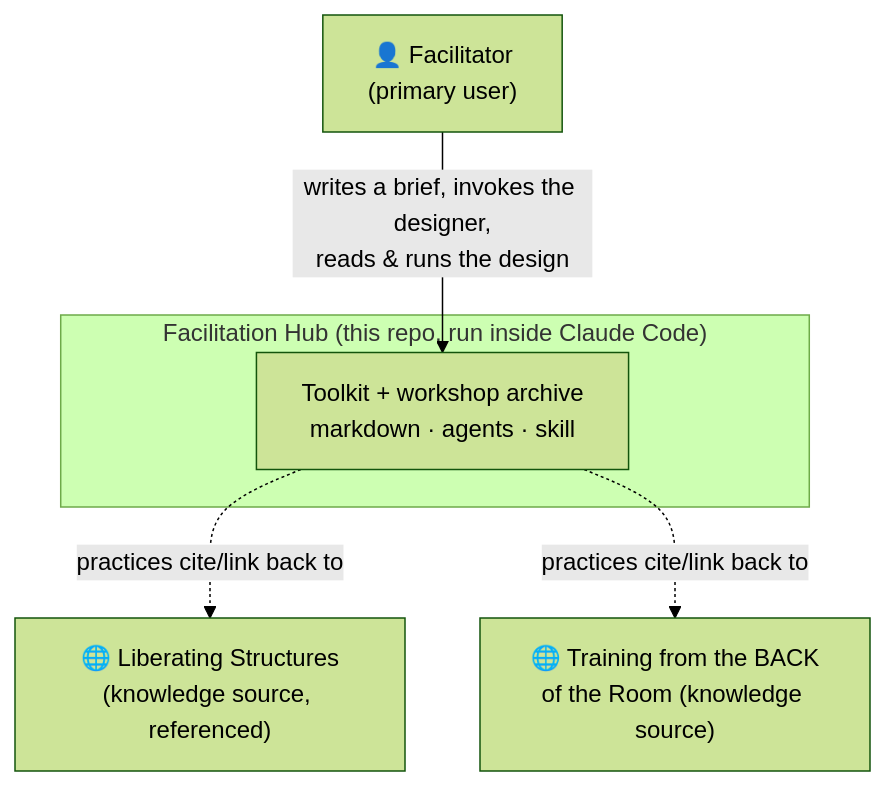
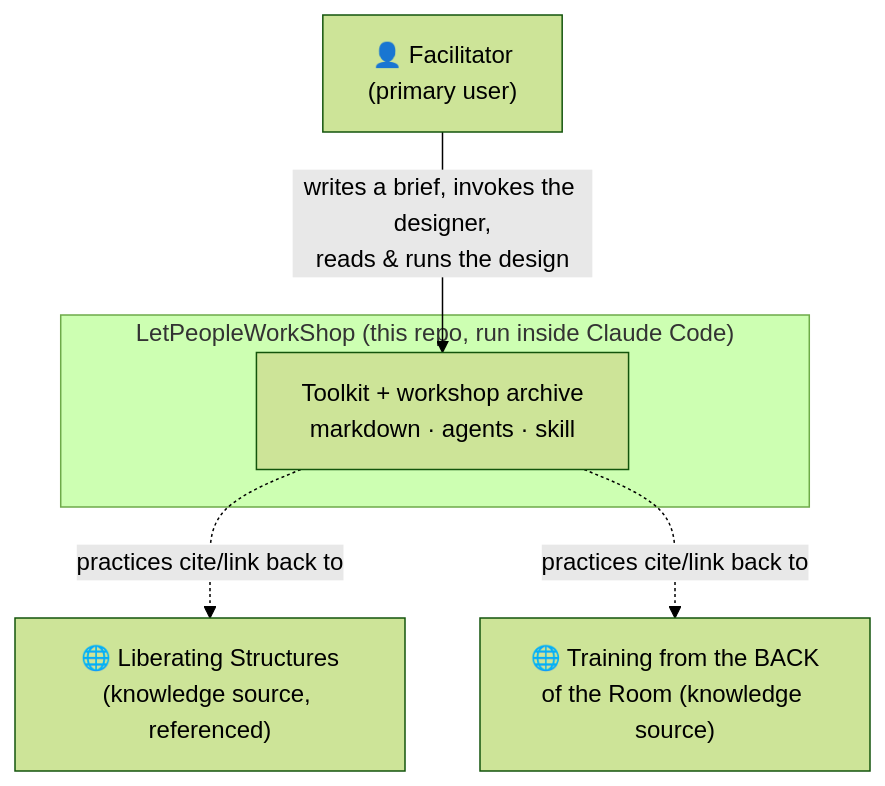
The first of 4 diagrams in docs/product/architecture/brief.md (LetPeopleWork/LetPeopleWorkShop), drawn with Mermaid (forest theme) before and after one commit. The commit also changed other lines of this file and 5 other files, not shown here.

First line of the commit message:
chore: name the project LetPeopleWorkShop + refresh README status

````diff
--- a/docs/product/architecture/brief.md
+++ b/docs/product/architecture/brief.md
@@ -89,13 +89,13 @@
 ```mermaid
 flowchart TB
     facilitator["👤 Facilitator<br/>(primary user)"]
-    subgraph hub["Facilitation Hub (this repo, run inside Claude Code)"]
+    subgraph hub["LetPeopleWorkShop (this repo, run inside Claude Code)"]
       tool["Toolkit + workshop archive<br/>markdown · agents · skill"]
     end
     ls["🌐 Liberating Structures<br/>(knowledge source, referenced)"]
     tbr["🌐 Training from the BACK<br/>of the Room (knowledge source)"]
 
     facilitator -->|"writes a brief, invokes the designer,<br/>reads &amp; runs the design"| tool
     tool -.->|"practices cite/link back to"| ls
     tool -.->|"practices cite/link back to"| tbr
 ```
````
